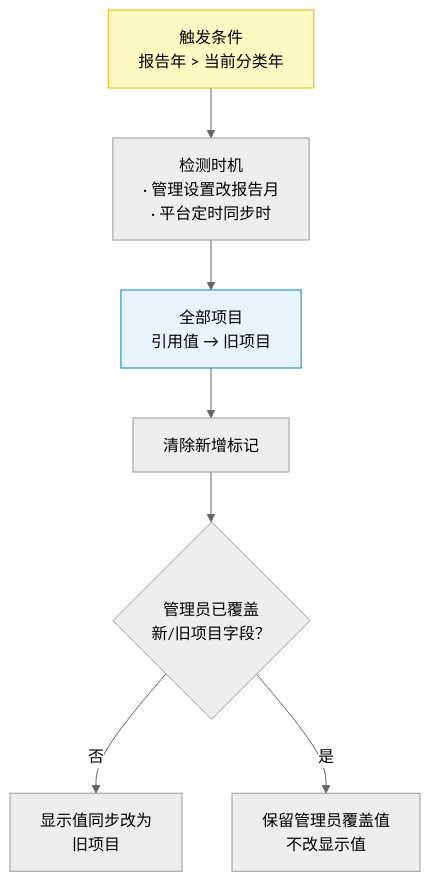
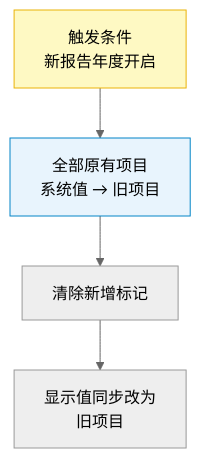
Before and after one commit to marcelxu0272/202605_project-tracking-table: diagram 14 of 14 in docs/需求文档/需求文档_产品版.md, drawn with Mermaid (neutral theme). The commit also changed other lines of this file and 20 other files, not shown here.

````diff
--- a/docs/需求文档/需求文档_产品版.md
+++ b/docs/需求文档/需求文档_产品版.md
@@ -1557,12 +1566,9 @@
 ```mermaid
 flowchart TD
-    TRIGGER["触发条件<br/>报告年 > 当前分类年"] --> CHECK["检测时机<br/>· 管理设置改报告月<br/>· 平台定时同步时"]
-    CHECK --> ACTION["全部项目<br/>引用值 → 旧项目"]
+    TRIGGER["触发条件<br/>新报告年度开启"] --> ACTION["全部原有项目<br/>系统值 → 旧项目"]
     ACTION --> CLEAR["清除新增标记"]
-    CLEAR --> Q{"管理员已覆盖<br/>新/旧项目字段？"}
-    Q -->|否| SYNC_DISPLAY["显示值同步改为<br/>旧项目"]
-    Q -->|是| KEEP["保留管理员覆盖值<br/>不改显示值"]
+    CLEAR --> SYNC_DISPLAY["显示值同步改为<br/>旧项目"]
 
     style TRIGGER fill:#fef9c3,stroke:#eab308
     style ACTION fill:#e8f4fd,stroke:#0284c7
 ```
````
